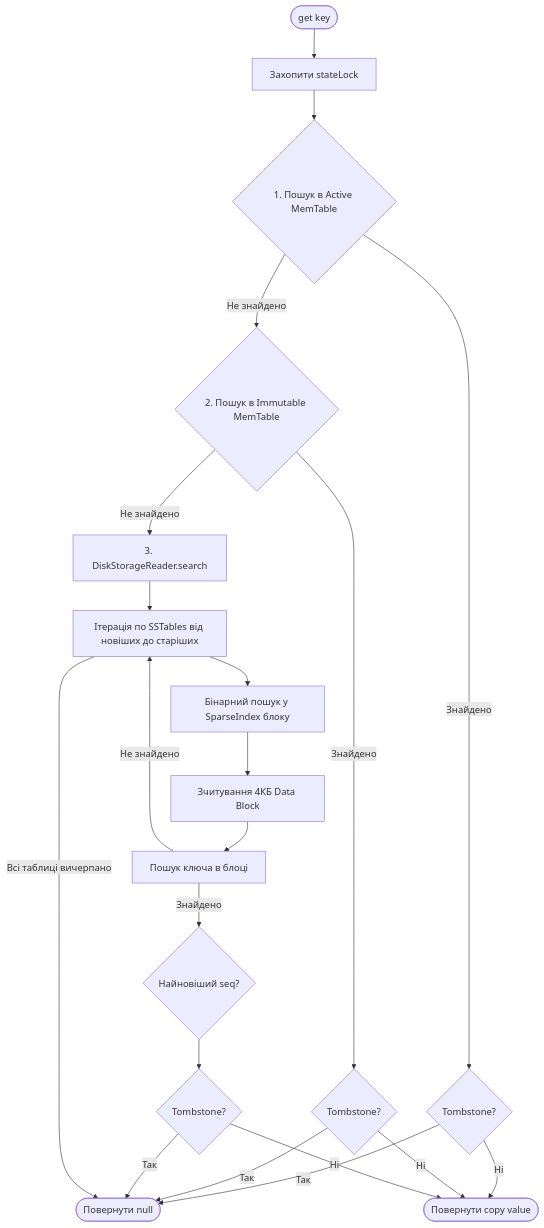
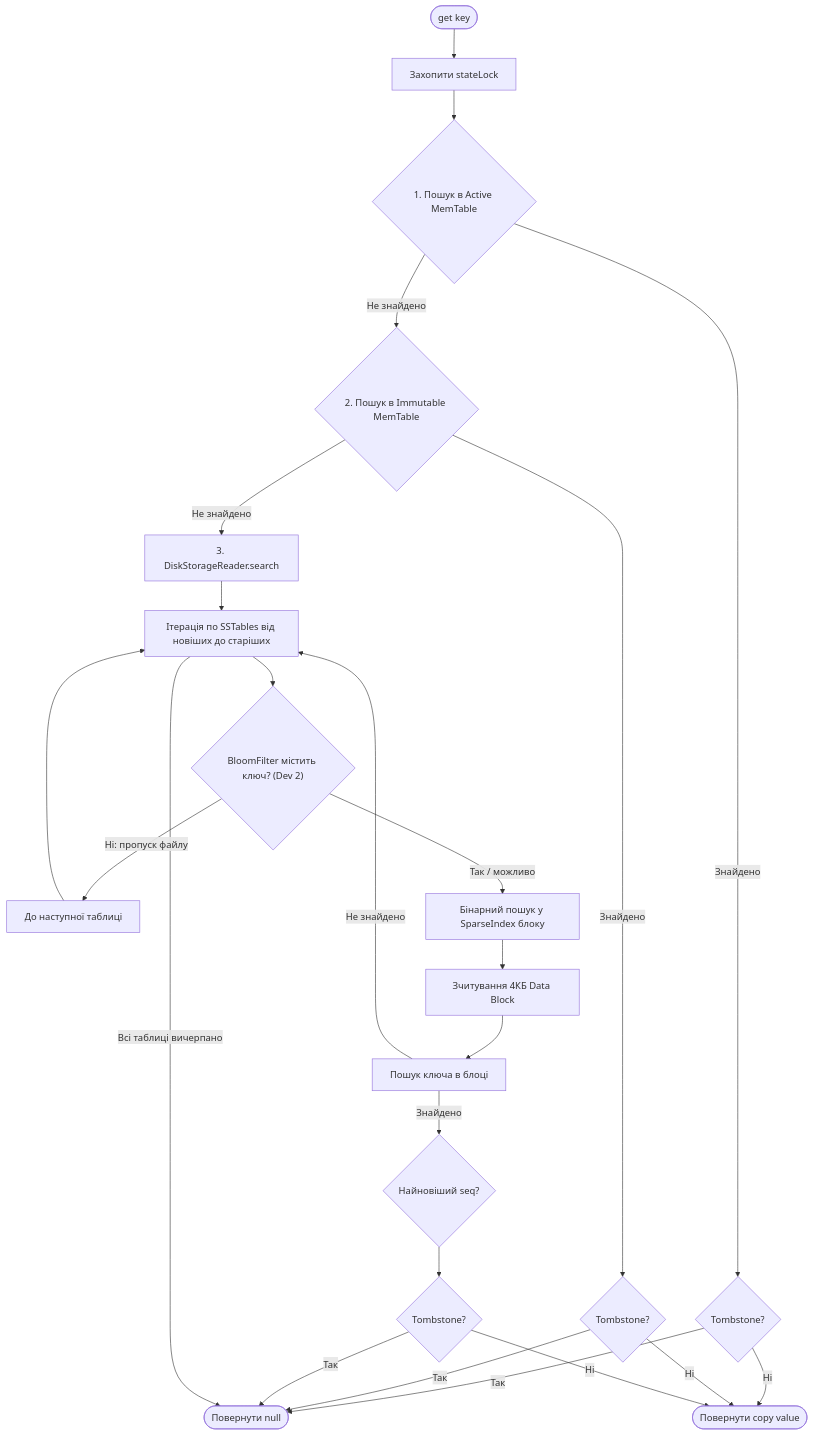
One commit to yakukhno02/J-LSM changed the fourth of 6 diagrams in docs/DEVELOPMENT.md. Above: the diagram before and after it, drawn with Mermaid. The commit also changed other lines of this file, not shown here.

Commit message:
docs: update architecture and get flowcharts with BloomFilter and WriteBatch

````diff
--- a/docs/DEVELOPMENT.md
+++ b/docs/DEVELOPMENT.md
@@ -628,28 +628,31 @@
 ```mermaid
 flowchart TD
     Start(["get key"]) --> Lock["Захопити stateLock"]
     Lock --> CheckActive{"1. Пошук в Active MemTable"}
     CheckActive -->|Знайдено| CheckTomb1{"Tombstone?"}
       
     CheckActive -->|Не знайдено| CheckImm{"2. Пошук в Immutable MemTable"}
     CheckImm -->|Знайдено| CheckTomb2{"Tombstone?"}
       
     CheckImm -->|Не знайдено| SearchDisk["3. DiskStorageReader.search"]
     SearchDisk --> LoopTables["Ітерація по SSTables від новіших до старіших"]
-    LoopTables --> BinarySearch["Бінарний пошук у SparseIndex блоку"]
+    LoopTables --> CheckBloom{"BloomFilter містить ключ? (Dev 2)"}
+    CheckBloom -->|Ні: пропуск файлу| NextTable["До наступної таблиці"]
+    NextTable --> LoopTables
+    CheckBloom -->|Так / можливо| BinarySearch["Бінарний пошук у SparseIndex блоку"]
     BinarySearch --> ReadBlock["Зчитування 4КБ Data Block"]
     ReadBlock --> ScanBlock["Пошук ключа в блоці"]
       
     ScanBlock -->|Знайдено| CompareSeq{"Найновіший seq?"}
     ScanBlock -->|Не знайдено| LoopTables
       
     CompareSeq --> CheckTomb3{"Tombstone?"}
       
     CheckTomb1 -->|Так| RetNull(["Повернути null"])
     CheckTomb1 -->|Ні| RetVal(["Повернути copy value"])
     CheckTomb2 -->|Так| RetNull
     CheckTomb2 -->|Ні| RetVal
     CheckTomb3 -->|Так| RetNull
     CheckTomb3 -->|Ні| RetVal
     LoopTables -->|Всі таблиці вичерпано| RetNull
 ```
````
